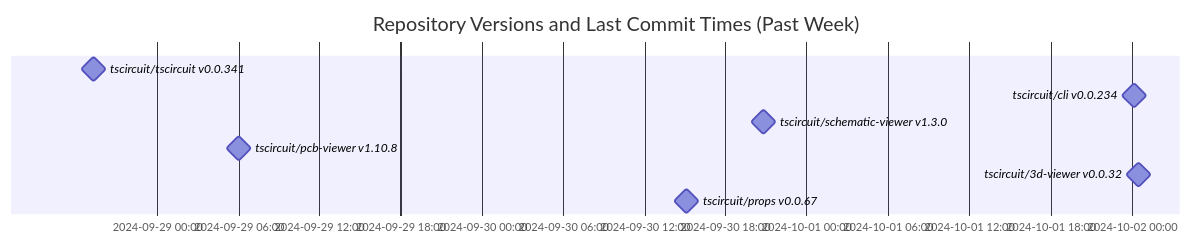
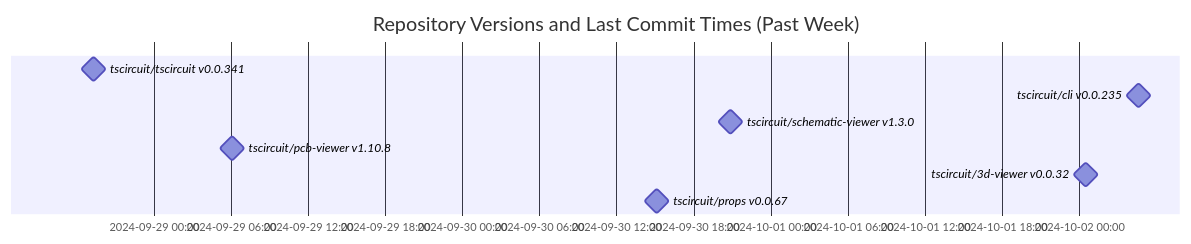
Before and after one commit to tscircuit/version-tracker: the diagram in README.md, drawn with Mermaid.

Commit message:
Update chart

````diff
--- a/README.md
+++ b/README.md
@@ -1,13 +1,13 @@
 ```mermaid
 gantt
   dateFormat  YYYY-MM-DD HH:mm:ss
   title Repository Versions and Last Commit Times (Past Week)
   axisFormat %Y-%m-%d %H:%M
 
   tscircuit/tscircuit v0.0.341 : milestone, 2024-09-28 19:18:49, 1s
-  tscircuit/cli v0.0.234 : milestone, 2024-10-02 00:10:41, 1s
+  tscircuit/cli v0.0.235 : milestone, 2024-10-02 04:36:20, 1s
   tscircuit/schematic-viewer v1.3.0 : milestone, 2024-09-30 20:50:04, 1s
   tscircuit/pcb-viewer v1.10.8 : milestone, 2024-09-29 06:04:46, 1s
   tscircuit/3d-viewer v0.0.32 : milestone, 2024-10-02 00:30:55, 1s
   tscircuit/props v0.0.67 : milestone, 2024-09-30 15:06:17, 1s
 ```
````
